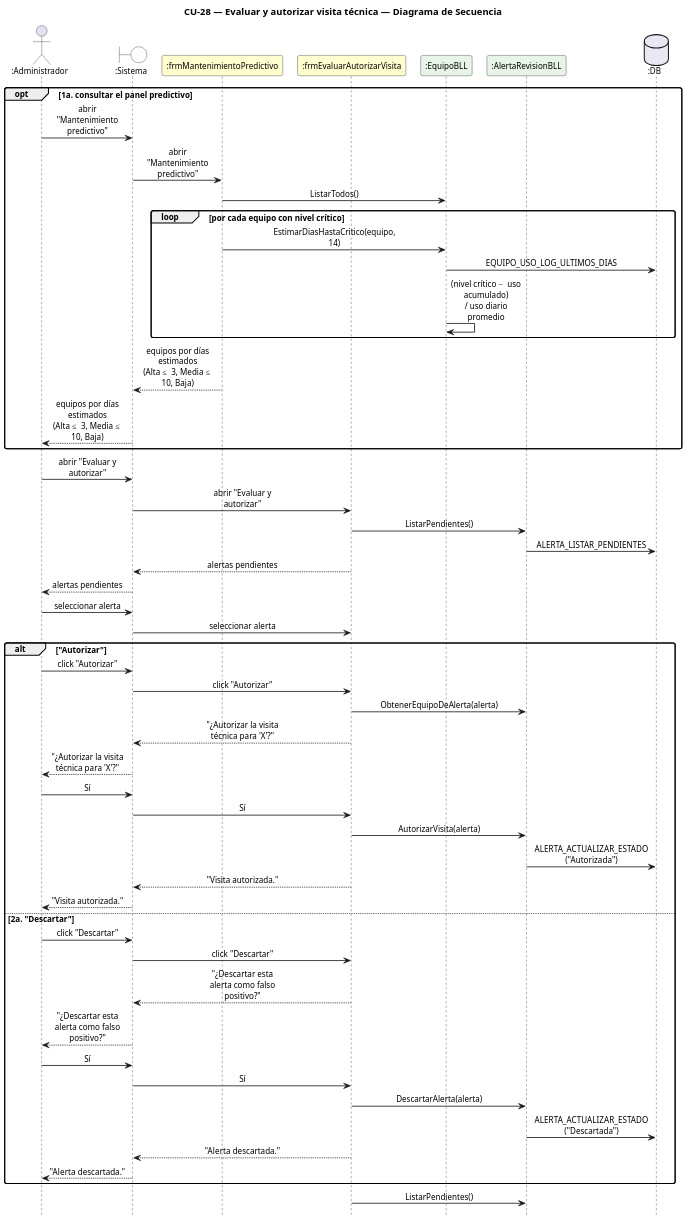
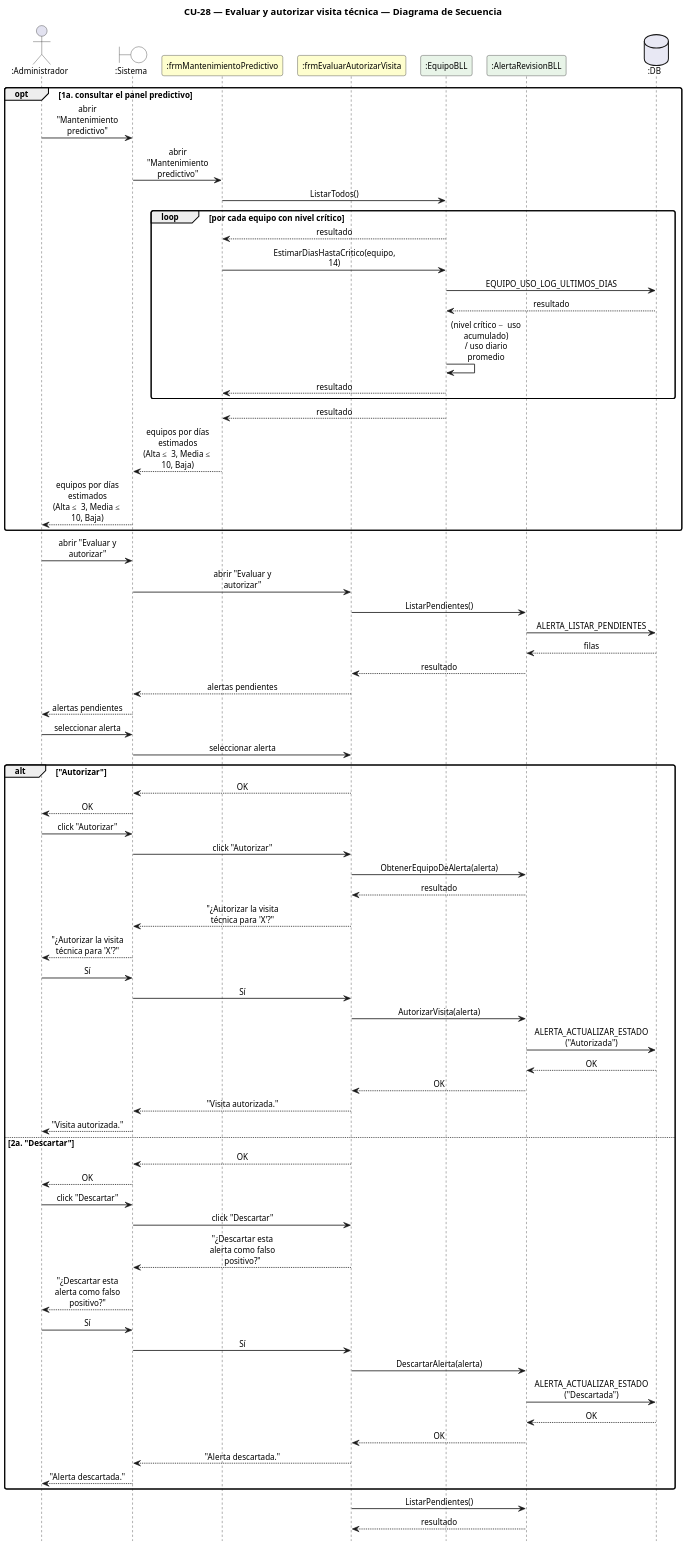
The diagram in DIAGRAMAS/DiagramaSecuencia_CU28_EvaluarAutorizarVisita.puml (Urrels/ingenieria_software), drawn with PlantUML before and after one commit. The commit also changed 104 other files, not shown here.

First line of the commit message:
Instalador en un clic, retornos en los diagramas y CU separados en alta/baja/modificación

```diff
--- a/DIAGRAMAS/DiagramaSecuencia_CU28_EvaluarAutorizarVisita.puml
+++ b/DIAGRAMAS/DiagramaSecuencia_CU28_EvaluarAutorizarVisita.puml
@@ -1,71 +1,87 @@
 @startuml DiagramaSecuencia_CU28_EvaluarAutorizarVisita
 
 title CU-28 — Evaluar y autorizar visita técnica — Diagrama de Secuencia
 
 skinparam shadowing false
 skinparam roundcorner 6
 skinparam sequenceArrowThickness 1.2
 skinparam ParticipantPadding 6
 skinparam BoxPadding 4
 skinparam maxMessageSize 115
 skinparam sequenceMessageAlign center
 skinparam defaultFontSize 12
 skinparam dpi 140
 hide footbox
 
 actor ":Administrador" as A
 boundary ":Sistema" as SYS #FFFFFF
 participant ":frmMantenimientoPredictivo" as MP #FEFECE
 participant ":frmEvaluarAutorizarVisita" as F #FEFECE
 participant ":EquipoBLL" as EB #E8F4E8
 participant ":AlertaRevisionBLL" as AB #E8F4E8
 database ":DB" as DB #E8E8F4
 
 opt 1a. consultar el panel predictivo
   A -> SYS : abrir "Mantenimiento predictivo"
   SYS -> MP : abrir "Mantenimiento predictivo"
   MP -> EB : ListarTodos()
   loop por cada equipo con nivel crítico
+    EB --> MP : resultado
     MP -> EB : EstimarDiasHastaCritico(equipo, 14)
     EB -> DB : EQUIPO_USO_LOG_ULTIMOS_DIAS
+    DB --> EB : resultado
     EB -> EB : (nivel crítico − uso acumulado)\n/ uso diario promedio
+    EB --> MP : resultado
   end
+  EB --> MP : resultado
   MP --> SYS : equipos por días estimados\n(Alta ≤ 3, Media ≤ 10, Baja)
   SYS --> A : equipos por días estimados\n(Alta ≤ 3, Media ≤ 10, Baja)
 end
 
 A -> SYS : abrir "Evaluar y autorizar"
 SYS -> F : abrir "Evaluar y autorizar"
 F -> AB : ListarPendientes()
 AB -> DB : ALERTA_LISTAR_PENDIENTES
+DB --> AB : filas
+AB --> F : resultado
 F --> SYS : alertas pendientes
 SYS --> A : alertas pendientes
 A -> SYS : seleccionar alerta
 SYS -> F : seleccionar alerta
 alt "Autorizar"
+  F --> SYS : OK
+  SYS --> A : OK
   A -> SYS : click "Autorizar"
   SYS -> F : click "Autorizar"
   F -> AB : ObtenerEquipoDeAlerta(alerta)
+  AB --> F : resultado
   F --> SYS : "¿Autorizar la visita técnica para 'X'?"
   SYS --> A : "¿Autorizar la visita técnica para 'X'?"
   A -> SYS : Sí
   SYS -> F : Sí
   F -> AB : AutorizarVisita(alerta)
   AB -> DB : ALERTA_ACTUALIZAR_ESTADO ("Autorizada")
+  DB --> AB : OK
+  AB --> F : OK
   F --> SYS : "Visita autorizada."
   SYS --> A : "Visita autorizada."
 else 2a. "Descartar"
+  F --> SYS : OK
+  SYS --> A : OK
   A -> SYS : click "Descartar"
   SYS -> F : click "Descartar"
   F --> SYS : "¿Descartar esta alerta como falso positivo?"
   SYS --> A : "¿Descartar esta alerta como falso positivo?"
   A -> SYS : Sí
   SYS -> F : Sí
   F -> AB : DescartarAlerta(alerta)
   AB -> DB : ALERTA_ACTUALIZAR_ESTADO ("Descartada")
+  DB --> AB : OK
+  AB --> F : OK
   F --> SYS : "Alerta descartada."
   SYS --> A : "Alerta descartada."
 end
 F -> AB : ListarPendientes()
 
+AB --> F : resultado
 @enduml
```
